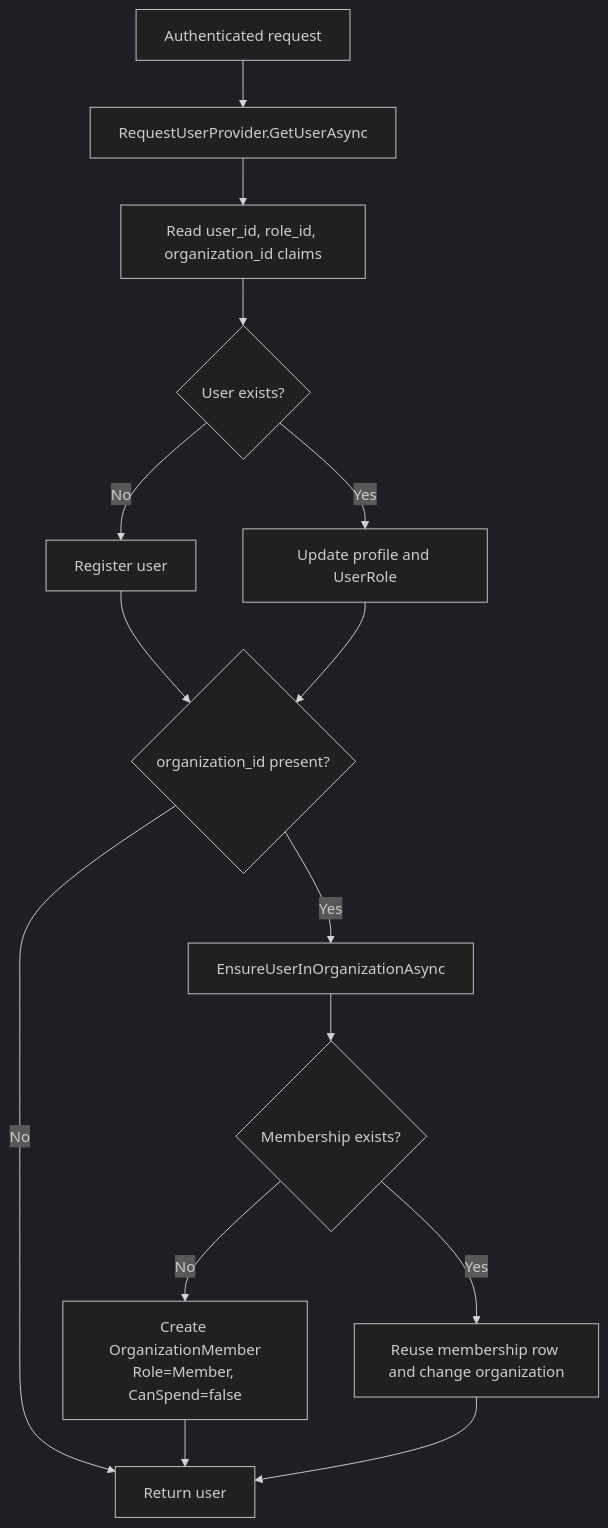
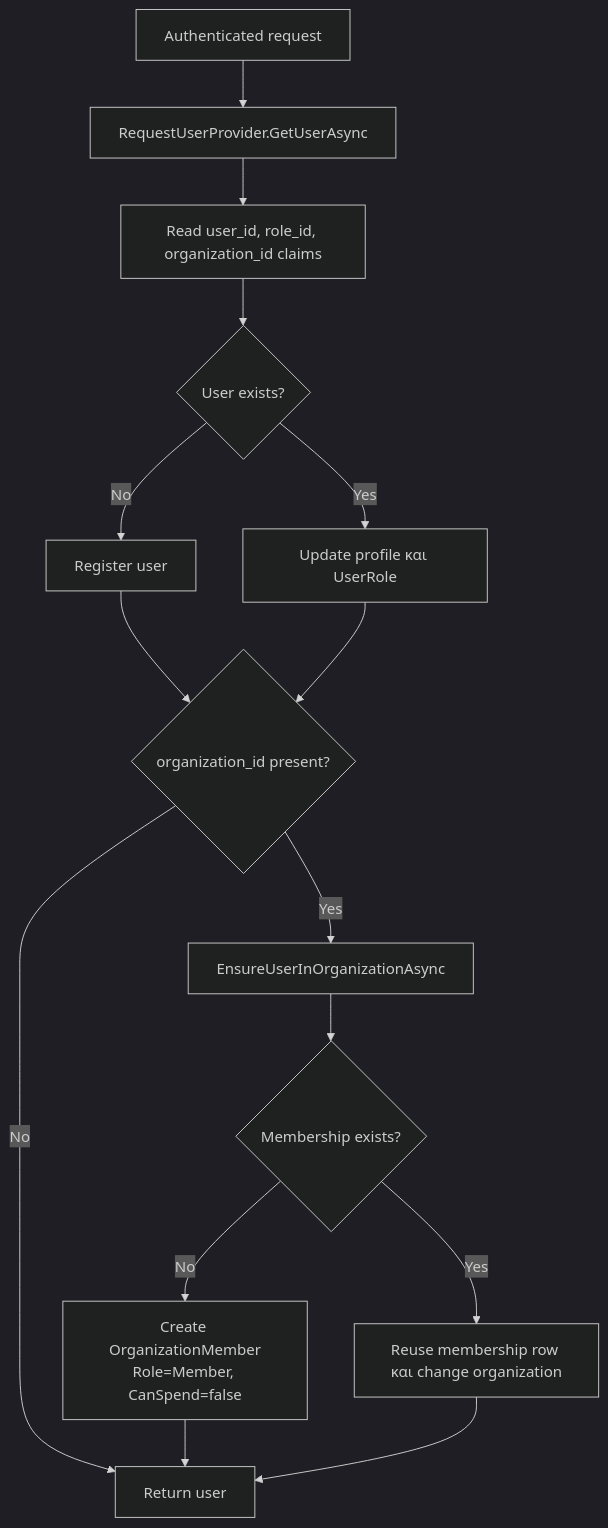
Before and after one commit to mtimoleon/notebook: the sixth of 8 diagrams in Notes/Auth/Projects/RAISE/Documentation/Credit System Documentation.md, drawn with Mermaid (dark theme). The commit also changed other lines of this file and 36 other files, not shown here.

````diff
--- a/Notes/Auth/Projects/RAISE/Documentation/Credit System Documentation.md
+++ b/Notes/Auth/Projects/RAISE/Documentation/Credit System Documentation.md
@@ -451,17 +490,17 @@
 ```mermaid
 flowchart TD
-    A[Authenticated request] --> B[RequestUserProvider.GetUserAsync]
-    B --> C[Read user_id, role_id, organization_id claims]
-    C --> D{User exists?}
-    D -- No --> E[Register user]
-    D -- Yes --> F[Update profile and UserRole]
-    E --> G{organization_id present?}
-    F --> G
-    G -- No --> H[Return user]
-    G -- Yes --> I[EnsureUserInOrganizationAsync]
-    I --> J{Membership exists?}
-    J -- No --> K[Create OrganizationMember<br/>Role=Member, CanSpend=false]
-    J -- Yes --> L[Reuse membership row and change organization]
-    K --> H
-    L --> H
+    A[Authenticated request] --> B[RequestUserProvider.GetUserAsync]
+    B --> C[Read user_id, role_id, organization_id claims]
+    C --> D{User exists?}
+    D -- No --> E[Register user]
+    D -- Yes --> F[Update profile και UserRole]
+    E --> G{organization_id present?}
+    F --> G
+    G -- No --> H[Return user]
+    G -- Yes --> I[EnsureUserInOrganizationAsync]
+    I --> J{Membership exists?}
+    J -- No --> K[Create OrganizationMember<br/>Role=Member, CanSpend=false]
+    J -- Yes --> L[Reuse membership row και change organization]
+    K --> H
+    L --> H
 ```
````
